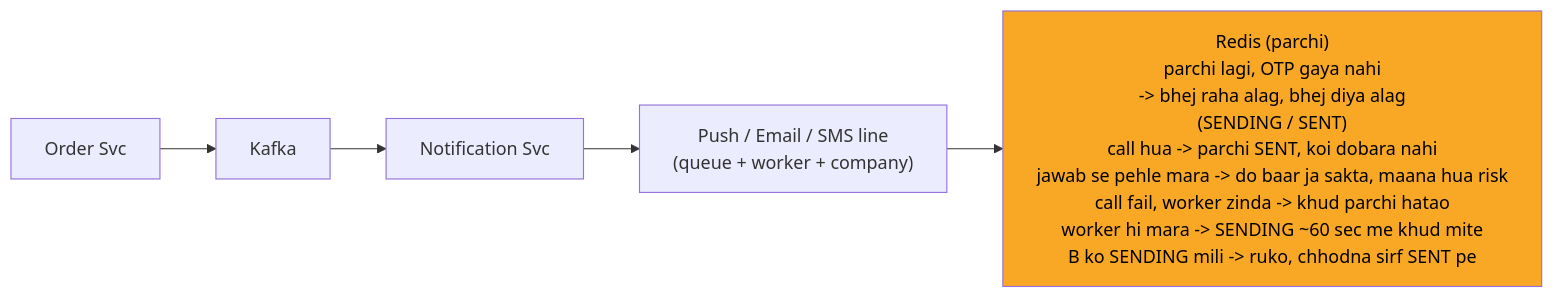
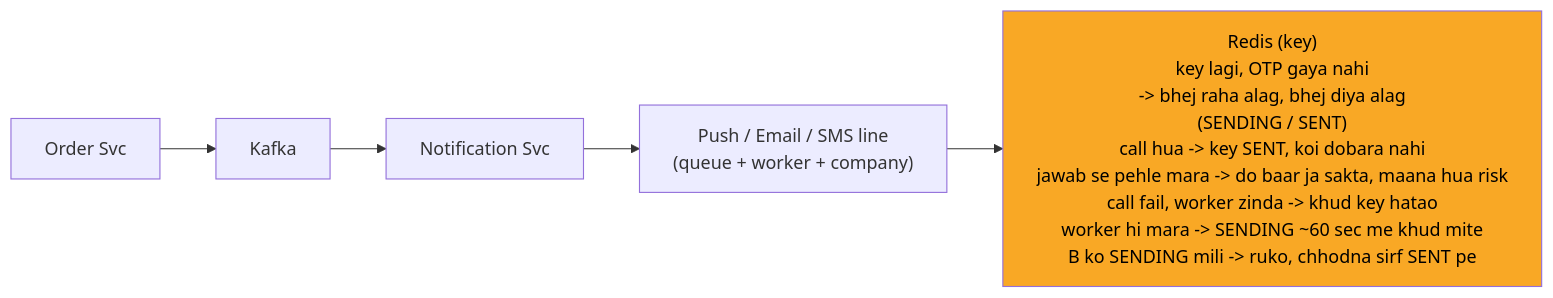
Before and after one commit to ArpanMaheshwari144/Prep: the fifth of 13 diagrams in 04_HLD/SYSTEM_DESIGNS/04_notification_system/04_notification_system.md, drawn with Mermaid. The commit also changed other lines of this file and 12 other files, not shown here.

````diff
--- a/04_HLD/SYSTEM_DESIGNS/04_notification_system/04_notification_system.md
+++ b/04_HLD/SYSTEM_DESIGNS/04_notification_system/04_notification_system.md
@@ -208,14 +208,14 @@
 ```mermaid
 %%{init: {"flowchart": {"wrappingWidth": 450}}}%%
 flowchart LR
     n_Order_Svc["Order Svc"]
     n_Kafka["Kafka"]
     n_Notification_Svc["Notification Svc"]
     n_LINES["Push / Email / SMS line<br/>(queue + worker + company)"]
-    n_Redis["Redis (parchi)<br/>parchi lagi, OTP gaya nahi<br/>-> bhej raha alag, bhej diya alag<br/>(SENDING / SENT)<br/>call hua -> parchi SENT, koi dobara nahi<br/>jawab se pehle mara -> do baar ja sakta, maana hua risk<br/>call fail, worker zinda -> khud parchi hatao<br/>worker hi mara -> SENDING ~60 sec me khud mite<br/>B ko SENDING mili -> ruko, chhodna sirf SENT pe"]
+    n_Redis["Redis (key)<br/>key lagi, OTP gaya nahi<br/>-> bhej raha alag, bhej diya alag<br/>(SENDING / SENT)<br/>call hua -> key SENT, koi dobara nahi<br/>jawab se pehle mara -> do baar ja sakta, maana hua risk<br/>call fail, worker zinda -> khud key hatao<br/>worker hi mara -> SENDING ~60 sec me khud mite<br/>B ko SENDING mili -> ruko, chhodna sirf SENT pe"]
     n_Order_Svc --> n_Kafka
     n_Kafka --> n_Notification_Svc
     n_Notification_Svc --> n_LINES
     n_LINES --> n_Redis
     style n_Redis fill:#f9a825,color:#000
 ```
````
